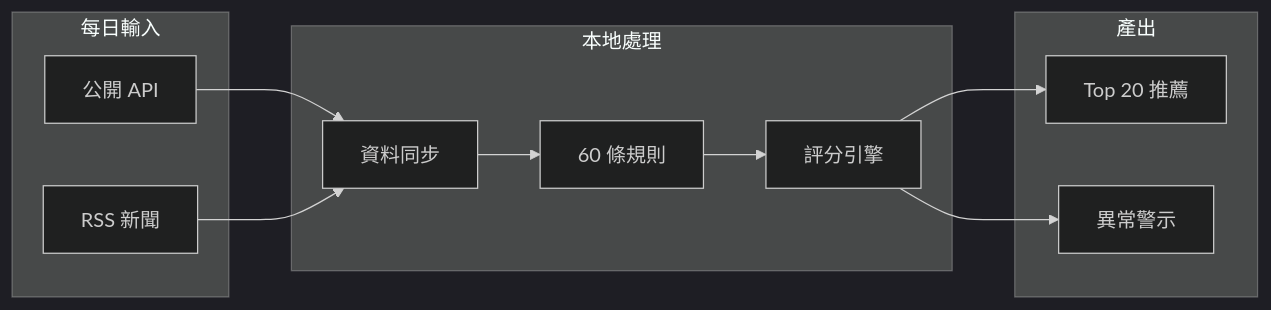
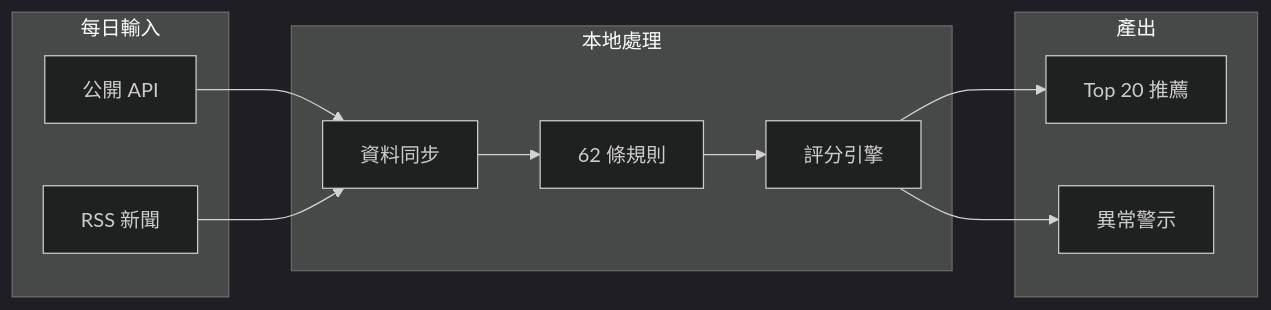
The first of 4 diagrams in CLAUDE.md (Neal75418/afterclose), drawn with Mermaid before and after one commit. The commit also changed other lines of this file and 3 other files, not shown here.

````diff
--- a/CLAUDE.md
+++ b/CLAUDE.md
@@ -11,24 +11,24 @@
 ```mermaid
 %%{init: {'theme': 'dark'}}%%
 flowchart LR
     subgraph Input["每日輸入"]
         API["公開 API"]
         RSS["RSS 新聞"]
     end
 
     subgraph Process["本地處理"]
         Sync["資料同步"]
-        Rules["60 條規則"]
+        Rules["62 條規則"]
         Score["評分引擎"]
     end
 
     subgraph Output["產出"]
         Top20["Top 20 推薦"]
         Alert["異常警示"]
     end
 
     API --> Sync
     RSS --> Sync
     Sync --> Rules --> Score --> Top20
     Score --> Alert
 ```
````
